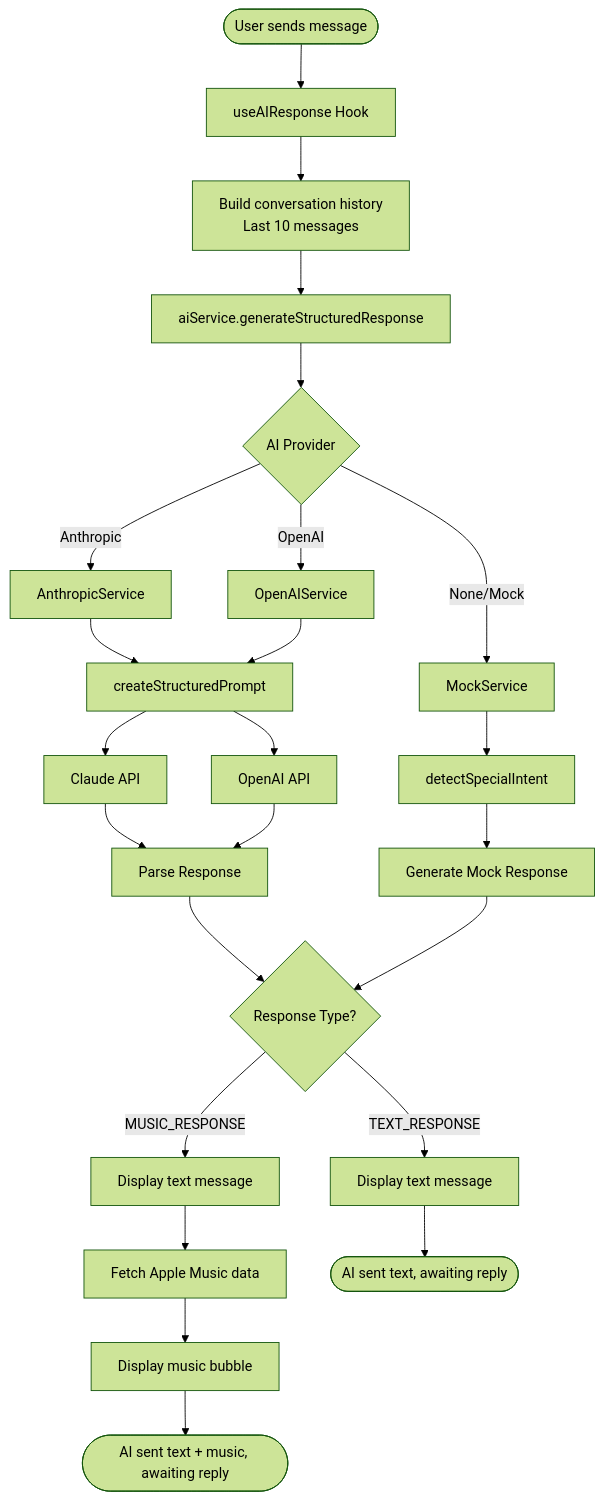
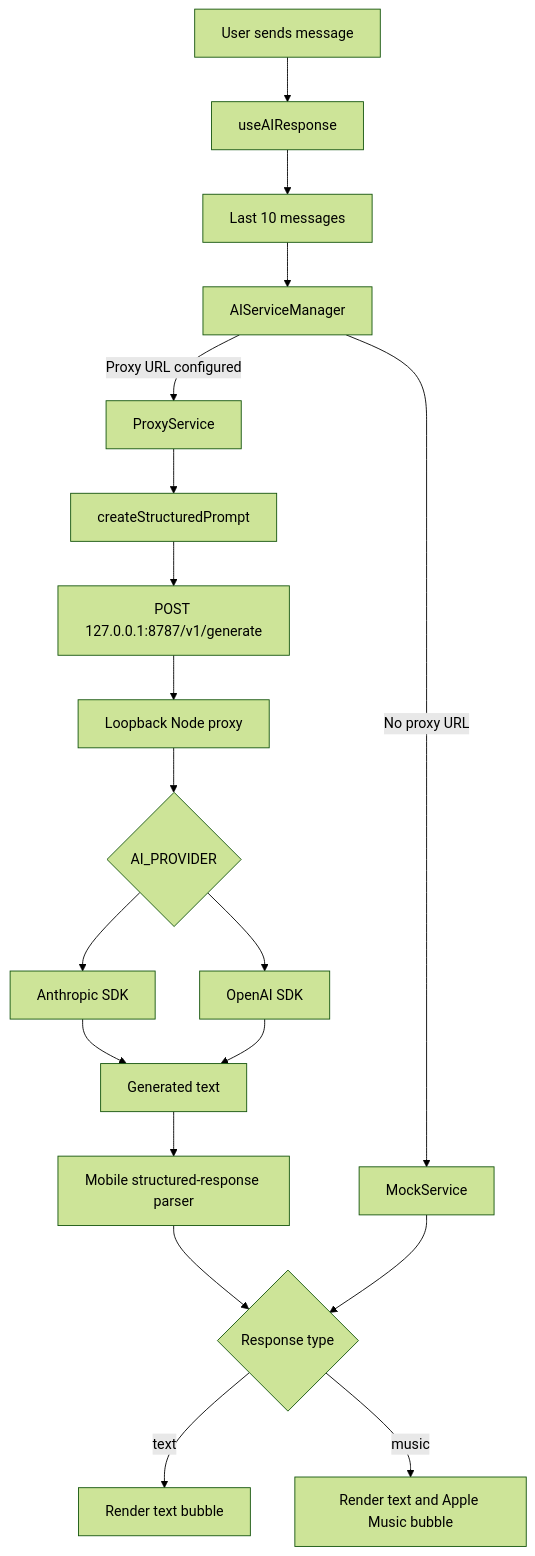
The diagram in docs/AI_FLOW.md (pdugan20/chat-app-prototype), drawn with Mermaid (forest theme) before and after one commit. The commit also changed other lines of this file and 29 other files, not shown here.

````diff
--- a/docs/AI_FLOW.md
+++ b/docs/AI_FLOW.md
@@ -9,37 +17,21 @@
 ```mermaid
-graph TB
-    Start([User sends message]) --> Hook[useAIResponse Hook]
-
-    Hook --> History[Build conversation history<br/>Last 10 messages]
-
-    History --> API[aiService.generateStructuredResponse]
-
-    API --> Provider{AI Provider}
-
-    Provider -->|Anthropic| AnthropicService[AnthropicService]
-    Provider -->|OpenAI| OpenAIService[OpenAIService]
-    Provider -->|None/Mock| MockService[MockService]
-
-    AnthropicService --> StructuredPrompt[createStructuredPrompt]
-    OpenAIService --> StructuredPrompt
-    MockService --> SpecialDetect[detectSpecialIntent]
-
-    StructuredPrompt --> Claude[Claude API]
-    StructuredPrompt --> GPT[OpenAI API]
-
-    Claude --> ParseResponse[Parse Response]
-    GPT --> ParseResponse
-    SpecialDetect --> MockResponse[Generate Mock Response]
-
-    ParseResponse --> ResponseType{Response Type?}
-    MockResponse --> ResponseType
-
-    ResponseType -->|MUSIC_RESPONSE| ShowText[Display text message]
-    ResponseType -->|TEXT_RESPONSE| ShowTextOnly[Display text message]
-
-    ShowText --> FetchMusic[Fetch Apple Music data]
-    FetchMusic --> ShowMusic[Display music bubble]
-
-    ShowMusic --> MusicEnd([AI sent text + music, awaiting reply])
-    ShowTextOnly --> TextEnd([AI sent text, awaiting reply])
+flowchart TD
+    User[User sends message] --> Hook[useAIResponse]
+    Hook --> History[Last 10 messages]
+    History --> Manager[AIServiceManager]
+    Manager -->|Proxy URL configured| MobileProxy[ProxyService]
+    Manager -->|No proxy URL| Mock[MockService]
+    MobileProxy --> Prompt[createStructuredPrompt]
+    Prompt --> LocalHTTP[POST 127.0.0.1:8787/v1/generate]
+    LocalHTTP --> Server[Loopback Node proxy]
+    Server --> Provider{AI_PROVIDER}
+    Provider --> Anthropic[Anthropic SDK]
+    Provider --> OpenAI[OpenAI SDK]
+    Anthropic --> RawText[Generated text]
+    OpenAI --> RawText
+    RawText --> Parser[Mobile structured-response parser]
+    Parser --> Response{Response type}
+    Mock --> Response
+    Response -->|text| Text[Render text bubble]
+    Response -->|music| Music[Render text and Apple Music bubble]
 ```
````
